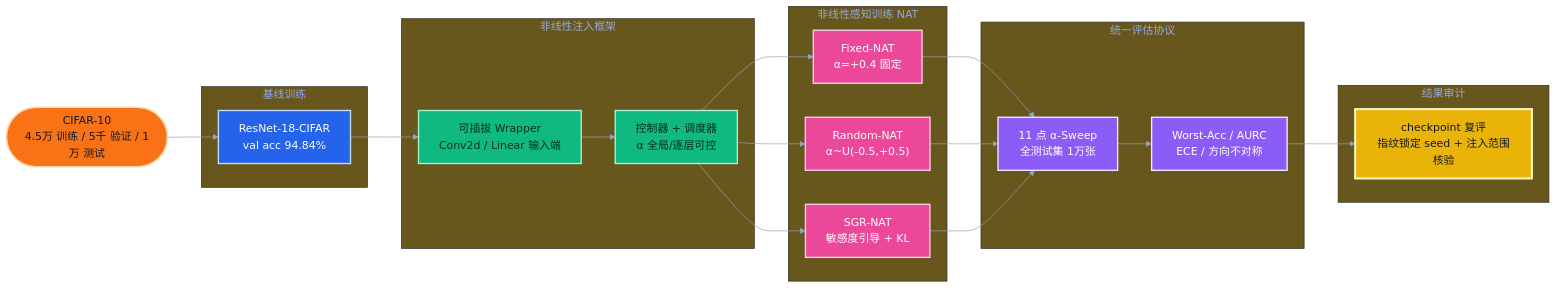
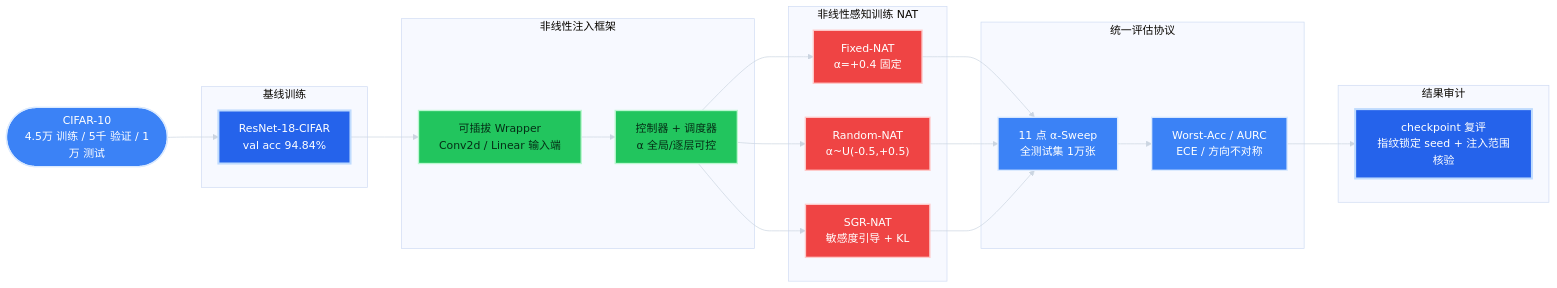
The first of 2 diagrams in README.md (ibh4/ActCIM_Robust), drawn with Mermaid before and after one commit.

Commit message:
style: 第3节 Mermaid 配色统一为第5节风格
深色背景 #020617 + 蓝/红/绿同色系浅色描边调色板，
与第5节 NAT 分支图保持一致视觉风格

````diff
--- a/README.md
+++ b/README.md
@@ -58,48 +58,48 @@
 ```mermaid
-%%{init: {"theme": "base", "themeVariables": {"fontFamily": "Inter, Microsoft YaHei, sans-serif", "background": "#0B1020", "primaryColor": "#172554", "primaryTextColor": "#F8FAFC", "primaryBorderColor": "#38BDF8", "lineColor": "#94A3B8"}}}%%
+%%{init: {"theme": "base", "themeVariables": {"fontFamily": "Inter, Microsoft YaHei, sans-serif", "background": "#020617", "primaryTextColor": "#F8FAFC", "lineColor": "#CBD5E1"}}}%%
 flowchart LR
     D([CIFAR-10<br/>4.5万 训练 / 5千 验证 / 1万 测试]):::data
 
     subgraph B[基线训练]
         RES[ResNet-18-CIFAR<br/>val acc 94.84%]:::base
     end
 
     subgraph I[非线性注入框架]
         WRAP[可插拔 Wrapper<br/>Conv2d / Linear 输入端]:::inj
         CTRL[控制器 + 调度器<br/>α 全局/逐层可控]:::inj
     end
 
     subgraph N[非线性感知训练 NAT]
         FIX[Fixed-NAT<br/>α=+0.4 固定]:::nat
         RND["Random-NAT<br/>α~U(-0.5,+0.5)"]:::nat
         SGR[SGR-NAT<br/>敏感度引导 + KL]:::nat
     end
 
     subgraph E[统一评估协议]
         SWEEP[11 点 α-Sweep<br/>全测试集 1万张]:::eval
         METRIC[Worst-Acc / AURC<br/>ECE / 方向不对称]:::eval
     end
 
     subgraph A[结果审计]
         AUDIT[checkpoint 复评<br/>指纹锁定 seed + 注入范围核验]:::audit
     end
 
     D --> RES
     RES --> WRAP
     WRAP --> CTRL
     CTRL --> FIX
     CTRL --> RND
     CTRL --> SGR
     FIX --> SWEEP
     RND --> SWEEP
     SGR --> SWEEP
     SWEEP --> METRIC
     METRIC --> AUDIT
 
-    classDef data fill:#F97316,stroke:#FED7AA,color:#111827,stroke-width:2px;
-    classDef base fill:#2563EB,stroke:#BFDBFE,color:#FFFFFF,stroke-width:2px;
-    classDef inj fill:#10B981,stroke:#A7F3D0,color:#052E16,stroke-width:2px;
-    classDef nat fill:#EC4899,stroke:#FBCFE8,color:#FFFFFF,stroke-width:2px;
-    classDef eval fill:#8B5CF6,stroke:#EDE9FE,color:#FFFFFF,stroke-width:2px;
-    classDef audit fill:#EAB308,stroke:#FEF3C7,color:#111827,stroke-width:3px;
+    classDef data fill:#3B82F6,stroke:#DBEAFE,color:#FFFFFF,stroke-width:2px;
+    classDef base fill:#2563EB,stroke:#BFDBFE,color:#FFFFFF,stroke-width:3px;
+    classDef inj fill:#22C55E,stroke:#BBF7D0,color:#052E16,stroke-width:2px;
+    classDef nat fill:#EF4444,stroke:#FECACA,color:#FFFFFF,stroke-width:2px;
+    classDef eval fill:#3B82F6,stroke:#DBEAFE,color:#FFFFFF,stroke-width:2px;
+    classDef audit fill:#2563EB,stroke:#BFDBFE,color:#FFFFFF,stroke-width:3px;
 ```
````
